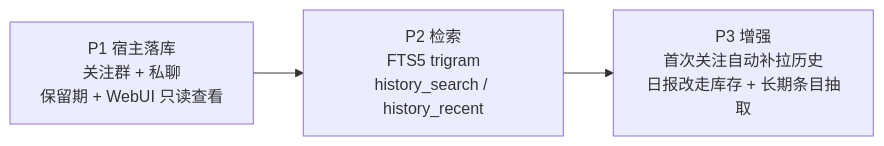
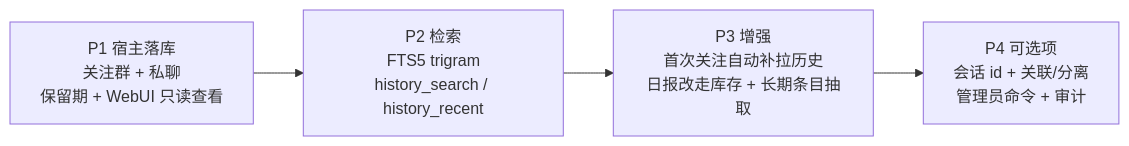
One commit to StArraySharp/FlexBot changed the tenth of 12 diagrams in docs/memory-and-history-design.md. Above: the diagram before and after it, drawn with Mermaid. The commit also changed other lines of this file and 1 other file, not shown here.

````diff
--- a/docs/memory-and-history-design.md
+++ b/docs/memory-and-history-design.md
@@ -274,4 +323,5 @@
 ```mermaid
 flowchart LR
     P1["P1 宿主落库<br/>关注群 + 私聊<br/>保留期 + WebUI 只读查看"] --> P2["P2 检索<br/>FTS5 trigram<br/>history_search / history_recent"] --> P3["P3 增强<br/>首次关注自动补拉历史<br/>日报改走库存 + 长期条目抽取"]
+    P3 --> P4["P4 可选项<br/>会话 id + 关联/分离<br/>管理员命令 + 审计"]
 ```
````
